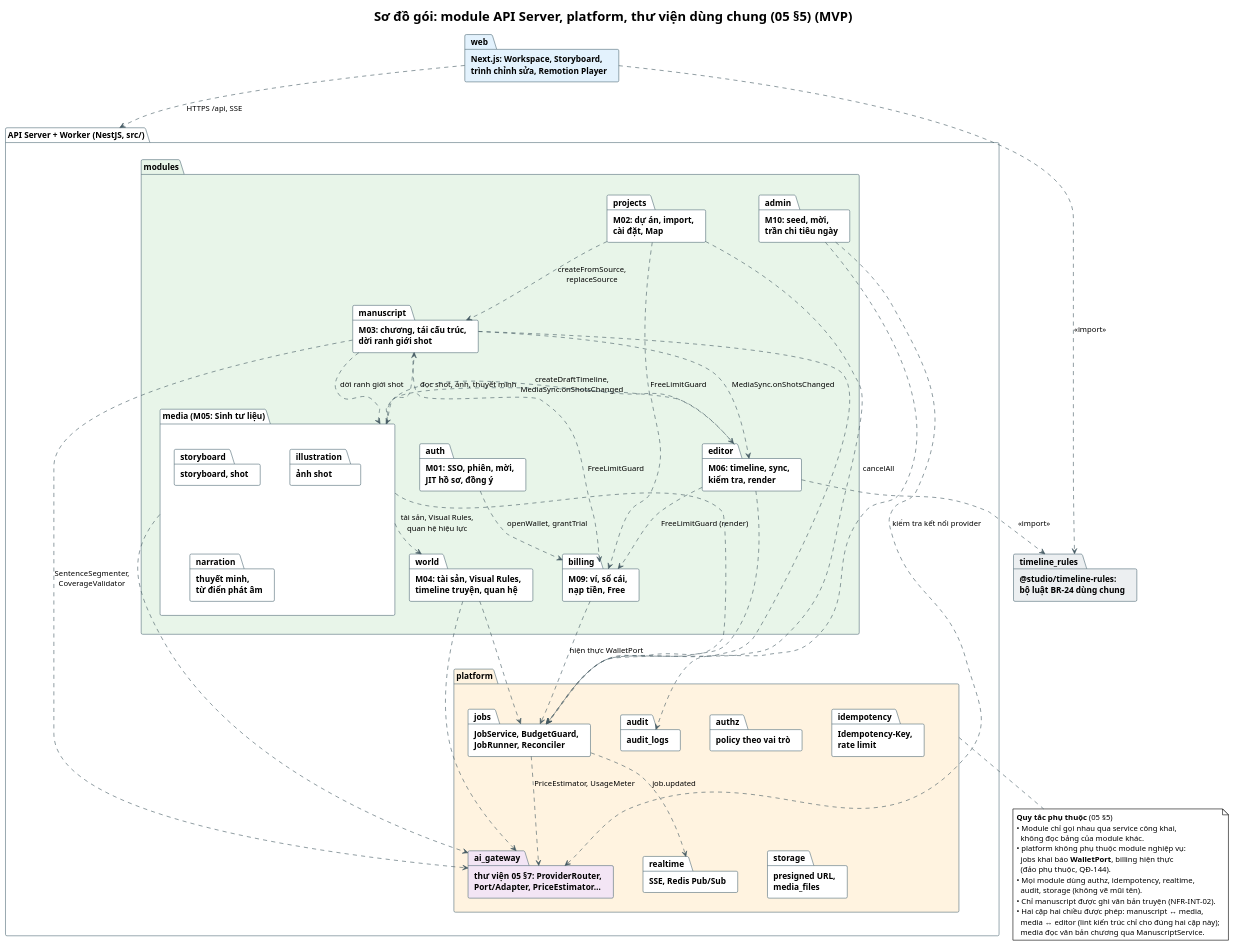
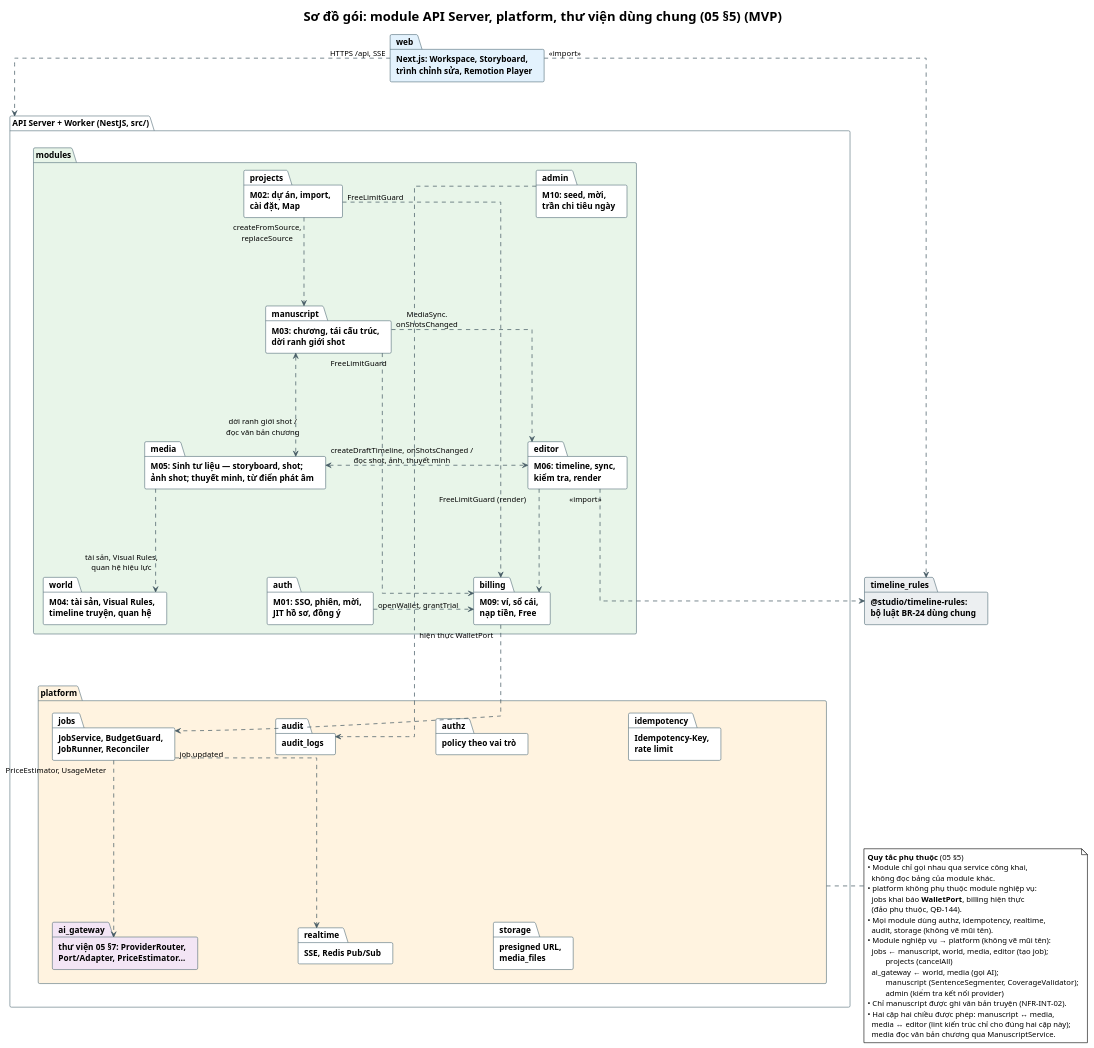
The diagram in demo-c2story/so-do/mvp/03-kien-truc/package-modules-mvp.puml (202416852-anhpv/story2video-docs), drawn with PlantUML before and after one commit. The commit also changed 4 other files, not shown here.

Commit message:
feat(diagrams): enhance UML diagrams with color coding for better readability and structure

```diff
--- a/demo-c2story/so-do/mvp/03-kien-truc/package-modules-mvp.puml
+++ b/demo-c2story/so-do/mvp/03-kien-truc/package-modules-mvp.puml
@@ -1,94 +1,89 @@
 @startuml Package_Modules_MVP
 ' Sinh tự động bởi so-do/tools/gen_mvp.py - không sửa tay
 ' Sơ đồ gói (UML package diagram) mức thiết kế: module của API Server, platform, thư viện dùng chung và phụ thuộc giữa chúng (05 §5).
 ' Dòng giữa '@sau-mvp và '@/sau-mvp chỉ có ở bản đầy đủ; bản MVP sinh tự động bởi so-do/tools/gen_mvp.py.
 !theme plain
 skinparam defaultFontName "Segoe UI"
 skinparam packageStyle folder
-skinparam nodesep 50
-skinparam ranksep 70
+skinparam linetype ortho
+skinparam nodesep 170
+skinparam ranksep 150
+skinparam ArrowThickness 1.2
 skinparam ArrowColor #455A64
 skinparam package {
     BorderColor #546E7A
     FontStyle bold
 }
 title Sơ đồ gói: module API Server, platform, thư viện dùng chung (05 §5) (MVP)
 
 package "Next.js: Workspace, Storyboard,\ntrình chỉnh sửa, Remotion Player" as web #E3F2FD
 
 package "API Server + Worker (NestJS, src/)" as api {
     package "modules" as modules #E8F5E9 {
         package "M01: SSO, phiên, mời,\nJIT hồ sơ, đồng ý" as auth
         package "M02: dự án, import,\ncài đặt, Map" as projects
         package "M03: chương, tái cấu trúc,\ndời ranh giới shot" as manuscript
         package "M04: tài sản, Visual Rules,\ntimeline truyện, quan hệ" as world
-        package "media (M05: Sinh tư liệu)" as media {
-            package "storyboard, shot" as storyboard
-            package "ảnh shot" as illustration
-            package "thuyết minh,\ntừ điển phát âm" as narration
-        }
         package "M06: timeline, sync,\nkiểm tra, render" as editor
+        package "M05: Sinh tư liệu — storyboard, shot;\nảnh shot; thuyết minh, từ điển phát âm" as media
         package "M09: ví, sổ cái,\nnạp tiền, Free" as billing
         package "M10: seed, mời,\ntrần chi tiêu ngày" as admin
     }
     package "platform" as platform #FFF3E0 {
         package "JobService, BudgetGuard,\nJobRunner, Reconciler" as jobs
         package "policy theo vai trò" as authz
         package "Idempotency-Key,\nrate limit" as idempotency
         package "SSE, Redis Pub/Sub" as realtime
         package "audit_logs" as audit
         package "presigned URL,\nmedia_files" as storage
         package "thư viện 05 §7: ProviderRouter,\nPort/Adapter, PriceEstimator…" as ai_gateway #F3E5F5
     }
 }
 
 package "@studio/timeline-rules:\nbộ luật BR-24 dùng chung" as timeline_rules #ECEFF1
 
 ' Web App dùng chung bộ luật BR-24 với server
-web ..> timeline_rules : <<import>>
-editor ..> timeline_rules : <<import>>
-web ..> api : HTTPS /api, SSE
+web "<<import>>" ..> timeline_rules
+editor "<<import>>" ..> timeline_rules
+web "HTTPS /api, SSE" ..> api
+
+' Bố cục: admin ở góc trái để đường admin → audit không chạy sát cụm manuscript / editor
 
 ' Phụ thuộc giữa module nghiệp vụ (chỉ qua service công khai)
-auth ..> billing : openWallet, grantTrial
-projects ..> manuscript : createFromSource,\nreplaceSource
-projects ..> billing : FreeLimitGuard
-manuscript ..> media : dời ranh giới shot
-manuscript ..> editor : MediaSync.onShotsChanged
-manuscript ..> billing : FreeLimitGuard
-media ..> manuscript
-media ..> world : tài sản, Visual Rules,\nquan hệ hiệu lực
-media ..> editor : createDraftTimeline,\nMediaSync.onShotsChanged
-editor ..> media : đọc shot, ảnh, thuyết minh
-editor ..> billing : FreeLimitGuard (render)
+auth "openWallet, grantTrial" .right.> billing
+projects "createFromSource,\nreplaceSource" ..> manuscript
+projects "FreeLimitGuard" ..> billing
+manuscript <..> "dời ranh giới shot /\nđọc văn bản chương" media
+manuscript "MediaSync.\nonShotsChanged" ..> editor
+manuscript "FreeLimitGuard" ..> billing
+media ..> "tài sản, Visual Rules,\nquan hệ hiệu lực" world
+media "createDraftTimeline, onShotsChanged /\nđọc shot, ảnh, thuyết minh" <.right.> editor
+editor "FreeLimitGuard (render)" ..> billing
 
-' Phụ thuộc vào platform
-manuscript ..> jobs
-world ..> jobs
-media ..> jobs
-editor ..> jobs
-projects ..> jobs : cancelAll
-billing ..> jobs : hiện thực WalletPort
-manuscript ..> ai_gateway : SentenceSegmenter,\nCoverageValidator
-world ..> ai_gateway
-media ..> ai_gateway
-admin ..> ai_gateway : kiểm tra kết nối provider
+' Phụ thuộc vào platform: module nghiệp vụ → jobs / ai_gateway ghi trong ghi chú (không vẽ mũi tên)
+billing "hiện thực WalletPort" ..> jobs
 admin ..> audit
-jobs ..> ai_gateway : PriceEstimator, UsageMeter
-jobs ..> realtime : job.updated
+jobs "PriceEstimator, UsageMeter" ..> ai_gateway
+jobs "job.updated" ..> realtime
 
 note bottom of platform
   **Quy tắc phụ thuộc** (05 §5)
   • Module chỉ gọi nhau qua service công khai,
     không đọc bảng của module khác.
   • platform không phụ thuộc module nghiệp vụ:
     jobs khai báo **WalletPort**, billing hiện thực
     (đảo phụ thuộc, QĐ-144).
   • Mọi module dùng authz, idempotency, realtime,
     audit, storage (không vẽ mũi tên).
+  • Module nghiệp vụ → platform (không vẽ mũi tên):
+    jobs ← manuscript, world, media, editor (tạo job);
+           projects (cancelAll)
+    ai_gateway ← world, media (gọi AI);
+           manuscript (SentenceSegmenter, CoverageValidator);
+           admin (kiểm tra kết nối provider)
   • Chỉ manuscript được ghi văn bản truyện (NFR-INT-02).
   • Hai cặp hai chiều được phép: manuscript ↔ media,
     media ↔ editor (lint kiến trúc chỉ cho đúng hai cặp này);
     media đọc văn bản chương qua ManuscriptService.
 end note
 @enduml
```
